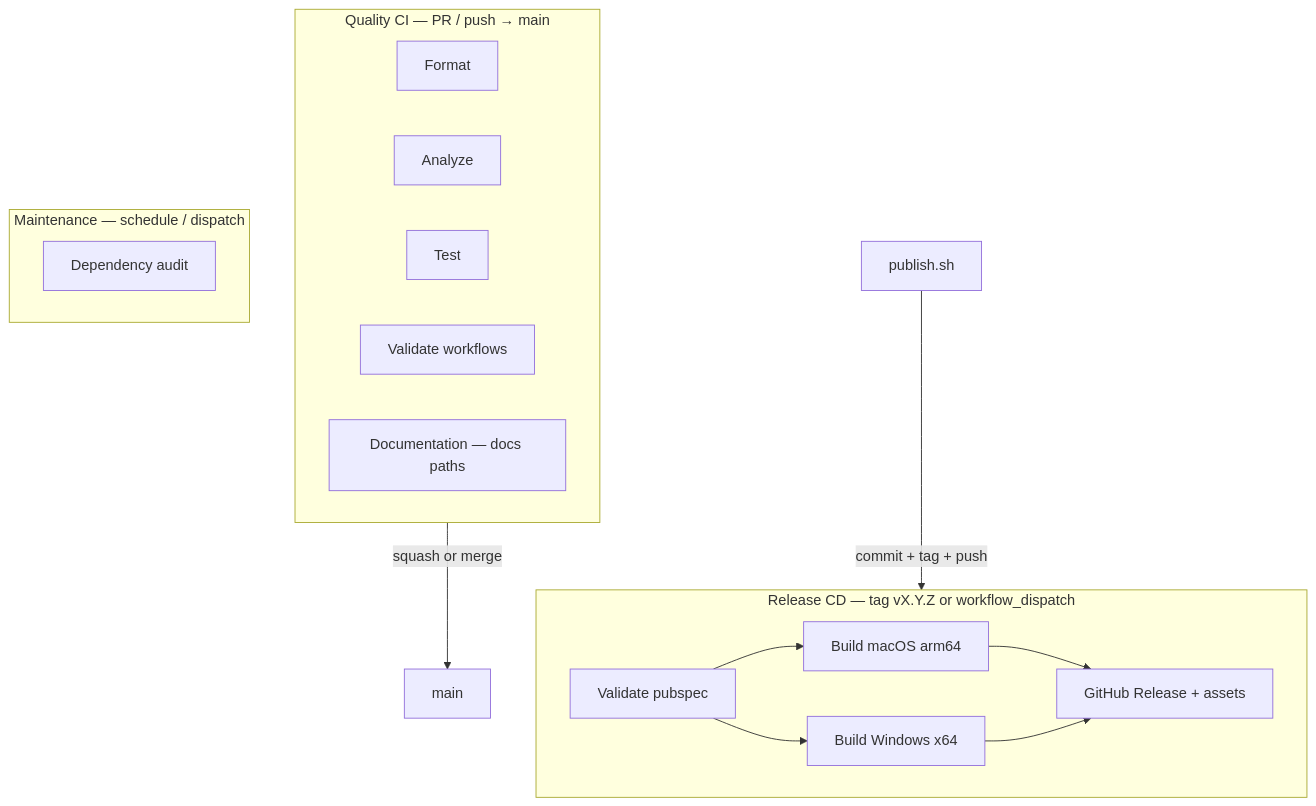
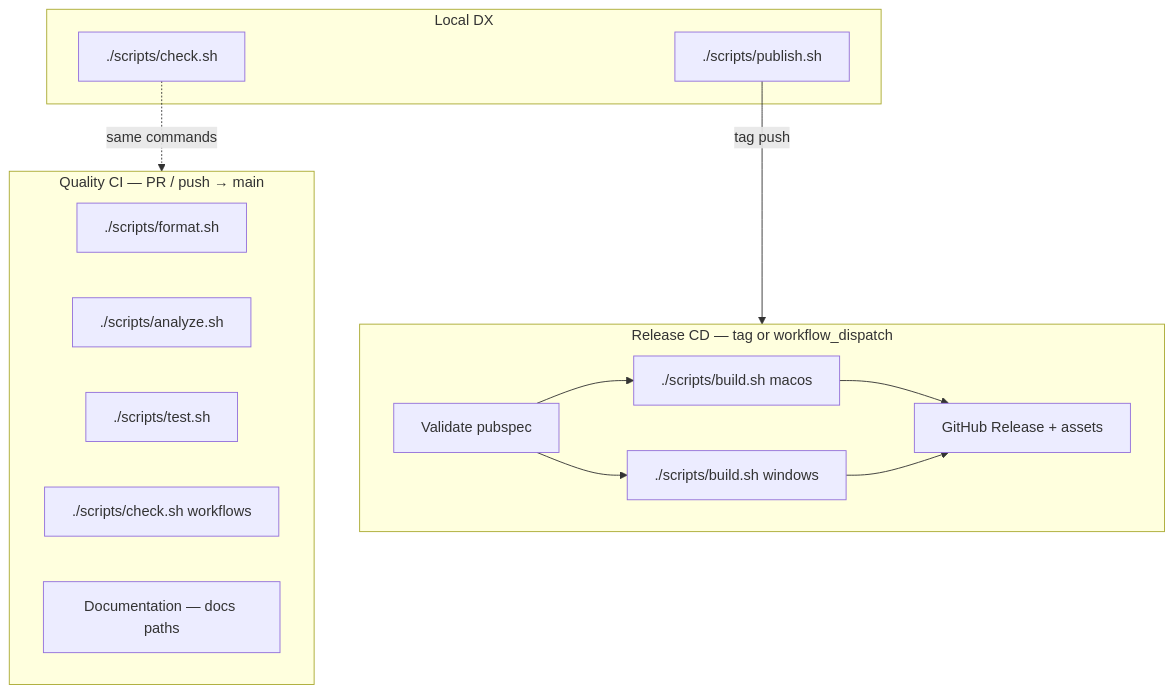
The diagram in docs/release/CI-CD.md (roshandroids/AI_Tray), drawn with Mermaid before and after one commit. The commit also changed other lines of this file and 60 other files, not shown here.

First line of the commit message:
ci: shared local/remote CI and in-app release history (#12)

````diff
--- a/docs/release/CI-CD.md
+++ b/docs/release/CI-CD.md
@@ -34,25 +48,26 @@
 ```mermaid
 flowchart TB
   subgraph PR["Quality CI — PR / push → main"]
-    F[Format]
-    A[Analyze]
-    T[Test]
-    W[Validate workflows]
+    F["./scripts/format.sh"]
+    A["./scripts/analyze.sh"]
+    T["./scripts/test.sh"]
+    W["./scripts/check.sh workflows"]
     D[Documentation — docs paths]
   end
 
-  subgraph REL["Release CD — tag vX.Y.Z or workflow_dispatch"]
+  subgraph REL["Release CD — tag or workflow_dispatch"]
     V[Validate pubspec]
-    MA[Build macOS arm64]
-    WIN[Build Windows x64]
+    MA["./scripts/build.sh macos"]
+    WIN["./scripts/build.sh windows"]
     GH[GitHub Release + assets]
     V --> MA & WIN --> GH
   end
 
-  subgraph M["Maintenance — schedule / dispatch"]
-    DEP[Dependency audit]
+  subgraph local [Local DX]
+    check["./scripts/check.sh"]
+    pub["./scripts/publish.sh"]
   end
 
-  PR -->|squash or merge| main
-  PUB[publish.sh] -->|commit + tag + push| REL
+  check -.->|same commands| PR
+  pub -->|tag push| REL
 ```
````
